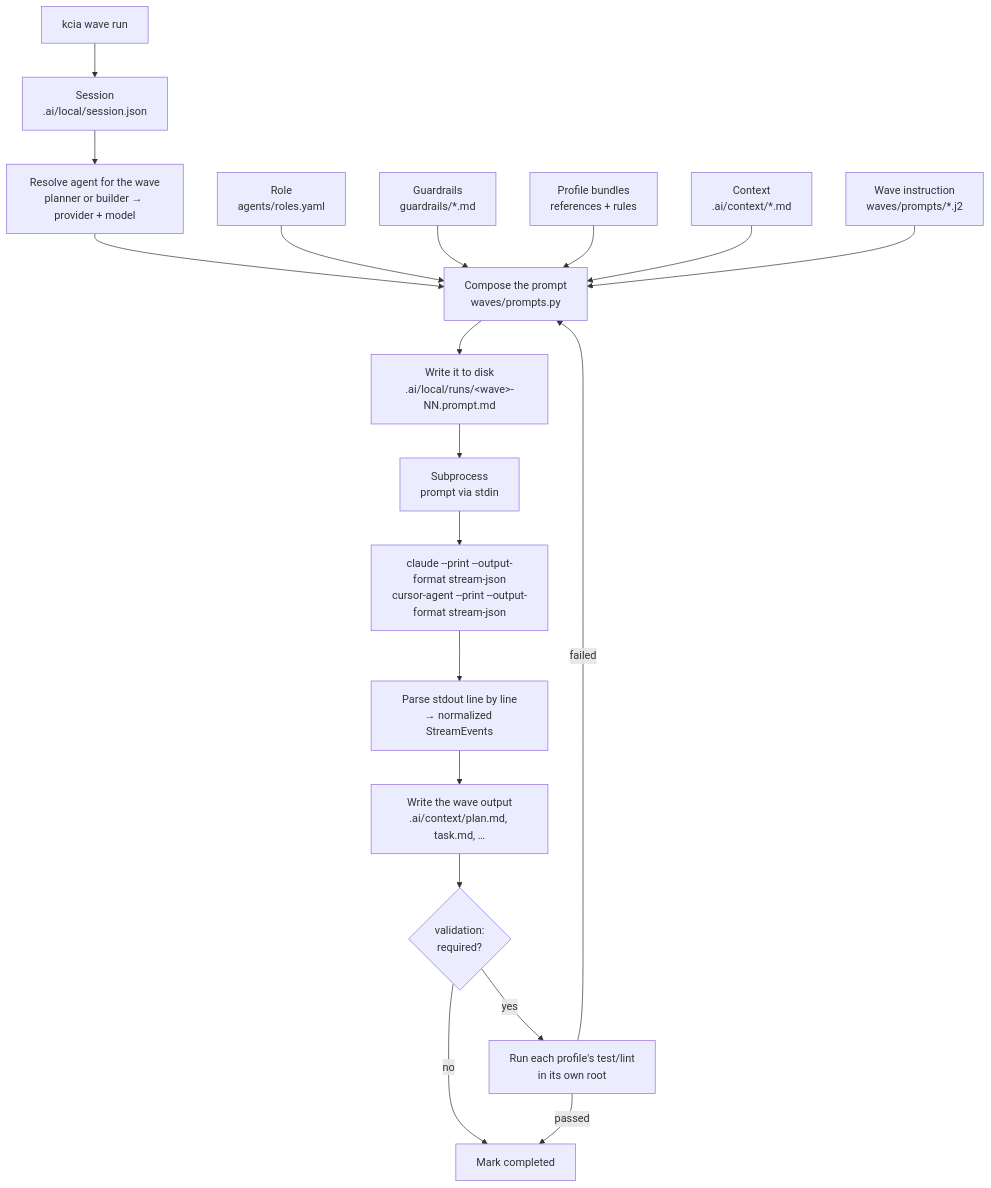
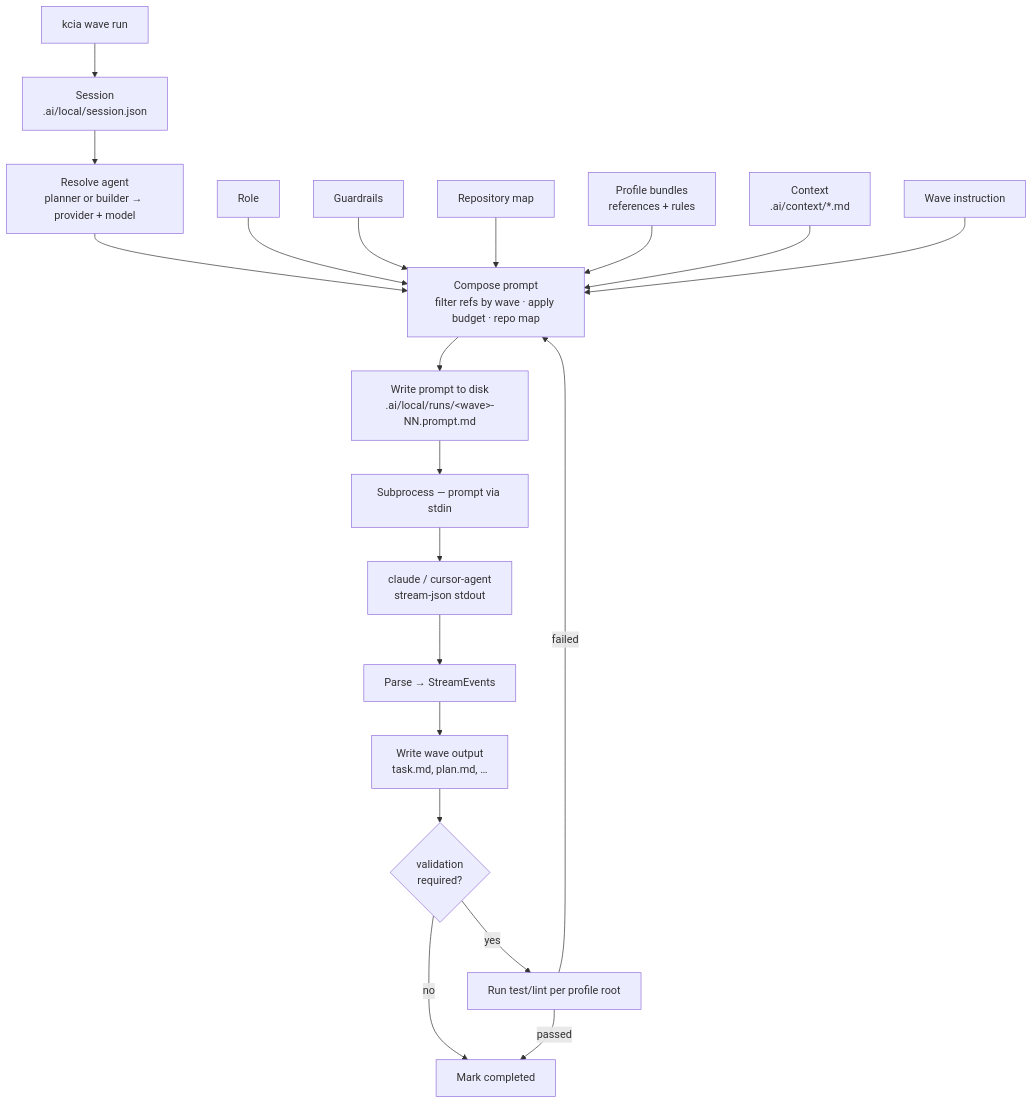
The diagram in README.md (rendondeveloper/kcia), drawn with Mermaid before and after one commit. The commit also changed other lines of this file, not shown here.

````diff
--- a/README.md
+++ b/README.md
@@ -197,21 +270,22 @@
 ```mermaid
 flowchart TD
     A["kcia wave run"] --> B["Session<br/>.ai/local/session.json"]
-    B --> C["Resolve agent for the wave<br/>planner or builder → provider + model"]
-    C --> D["Compose the prompt<br/>waves/prompts.py"]
-    R["Role<br/>agents/roles.yaml"] --> D
-    G["Guardrails<br/>guardrails/*.md"] --> D
+    B --> C["Resolve agent<br/>planner or builder → provider + model"]
+    C --> D["Compose prompt<br/>filter refs by wave · apply budget · repo map"]
+    R["Role"] --> D
+    G["Guardrails"] --> D
+    M["Repository map"] --> D
     P["Profile bundles<br/>references + rules"] --> D
     X["Context<br/>.ai/context/*.md"] --> D
-    T["Wave instruction<br/>waves/prompts/*.j2"] --> D
-    D --> E["Write it to disk<br/>.ai/local/runs/&lt;wave&gt;-NN.prompt.md"]
-    E --> F["Subprocess<br/>prompt via stdin"]
-    F --> H["claude --print --output-format stream-json<br/>cursor-agent --print --output-format stream-json"]
-    H --> I["Parse stdout line by line<br/>→ normalized StreamEvents"]
-    I --> J["Write the wave output<br/>.ai/context/plan.md, task.md, …"]
-    J --> K{"validation:<br/>required?"}
-    K -->|yes| L["Run each profile's test/lint<br/>in its own root"]
-    K -->|no| M["Mark completed"]
+    T["Wave instruction"] --> D
+    D --> E["Write prompt to disk<br/>.ai/local/runs/&lt;wave&gt;-NN.prompt.md"]
+    E --> F["Subprocess — prompt via stdin"]
+    F --> H["claude / cursor-agent<br/>stream-json stdout"]
+    H --> I["Parse → StreamEvents"]
+    I --> J["Write wave output<br/>task.md, plan.md, …"]
+    J --> K{"validation<br/>required?"}
+    K -->|yes| L["Run test/lint per profile root"]
+    K -->|no| N["Mark completed"]
     L -->|failed| D
-    L -->|passed| M
+    L -->|passed| N
 ```
````
